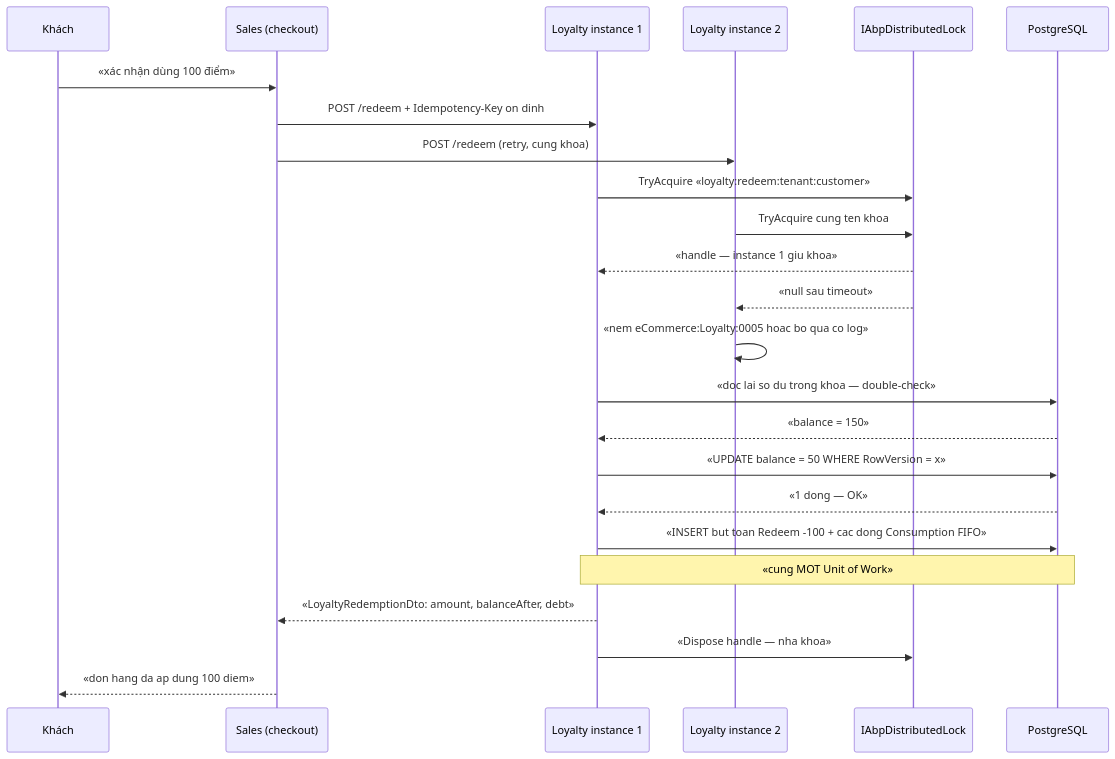
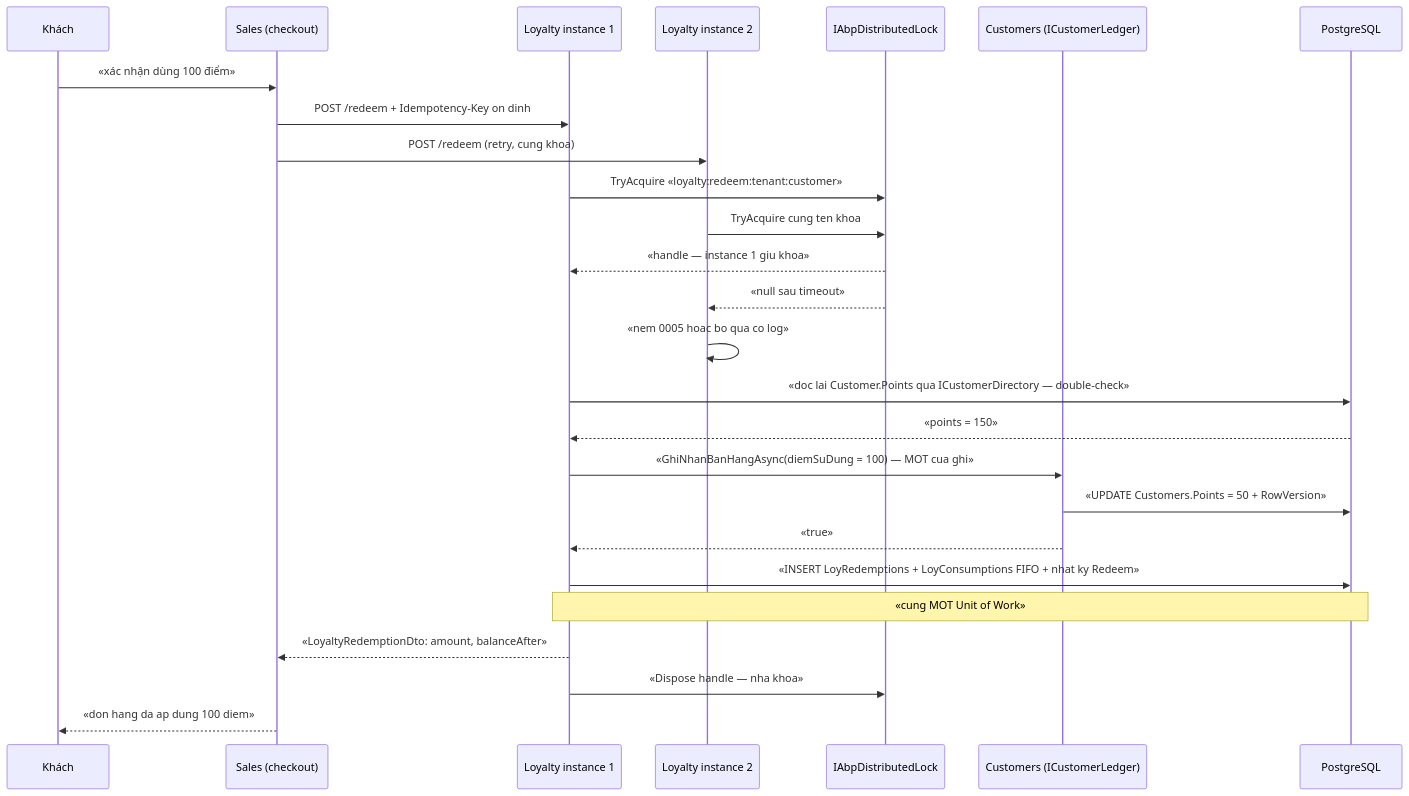
Before and after one commit to hungnt9801/eCommerce: the third of 5 diagrams in docs/features/loyalty/loy-001-diem-thuong.md, drawn with Mermaid. The commit also changed other lines of this file and 9 other files, not shown here.

````diff
--- a/docs/features/loyalty/loy-001-diem-thuong.md
+++ b/docs/features/loyalty/loy-001-diem-thuong.md
@@ -227,27 +244,29 @@
 ```mermaid
 sequenceDiagram
     participant C as Khách
     participant SAL as Sales (checkout)
     participant L1 as Loyalty instance 1
     participant L2 as Loyalty instance 2
     participant LOCK as IAbpDistributedLock
+    participant CU as Customers (ICustomerLedger)
     participant DB as PostgreSQL
 
     C->>SAL: «xác nhận dùng 100 điểm»
     SAL->>L1: POST /redeem + Idempotency-Key on dinh
     SAL->>L2: POST /redeem (retry, cung khoa)
     L1->>LOCK: TryAcquire «loyalty:redeem:tenant:customer»
     L2->>LOCK: TryAcquire cung ten khoa
     LOCK-->>L1: «handle — instance 1 giu khoa»
     LOCK-->>L2: «null sau timeout»
-    L2->>L2: «nem eCommerce:Loyalty:0005 hoac bo qua co log»
-    L1->>DB: «doc lai so du trong khoa — double-check»
-    DB-->>L1: «balance = 150»
-    L1->>DB: «UPDATE balance = 50 WHERE RowVersion = x»
-    DB-->>L1: «1 dong — OK»
-    L1->>DB: «INSERT but toan Redeem -100 + cac dong Consumption FIFO»
+    L2->>L2: «nem 0005 hoac bo qua co log»
+    L1->>DB: «doc lai Customer.Points qua ICustomerDirectory — double-check»
+    DB-->>L1: «points = 150»
+    L1->>CU: «GhiNhanBanHangAsync(diemSuDung = 100) — MOT cua ghi»
+    CU->>DB: «UPDATE Customers.Points = 50 + RowVersion»
+    CU-->>L1: «true»
+    L1->>DB: «INSERT LoyRedemptions + LoyConsumptions FIFO + nhat ky Redeem»
     Note over L1,DB: «cung MOT Unit of Work»
-    L1-->>SAL: «LoyaltyRedemptionDto: amount, balanceAfter, debt»
+    L1-->>SAL: «LoyaltyRedemptionDto: amount, balanceAfter»
     L1->>LOCK: «Dispose handle — nha khoa»
     SAL-->>C: «don hang da ap dung 100 diem»
 ```
````
